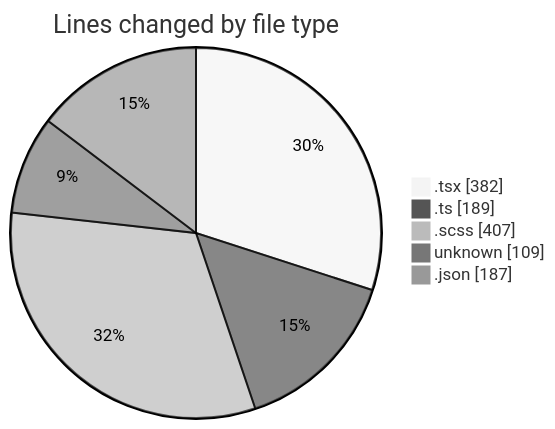
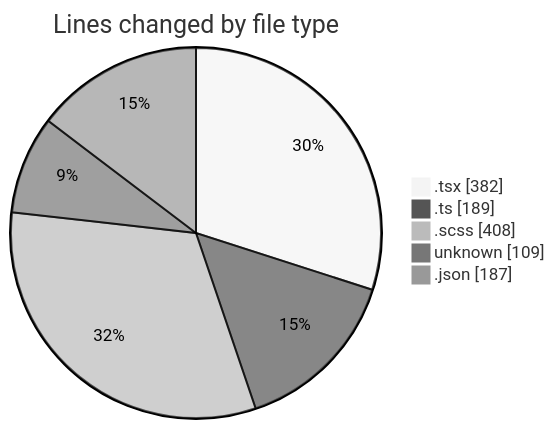
Before and after one commit to momahboobian/code-tracking: the first of 2 diagrams in 2026-04-15/cda/README.md, drawn with Mermaid (neutral theme). The commit also changed other lines of this file and 1 other file, not shown here.

````diff
--- a/2026-04-15/cda/README.md
+++ b/2026-04-15/cda/README.md
@@ -33,9 +33,9 @@
 ```mermaid
 pie showData
 title Lines changed by file type
 ".tsx" : 382
 ".ts" : 189
-".scss" : 407
+".scss" : 408
 "unknown" : 109
 ".json" : 187
 ```
````
